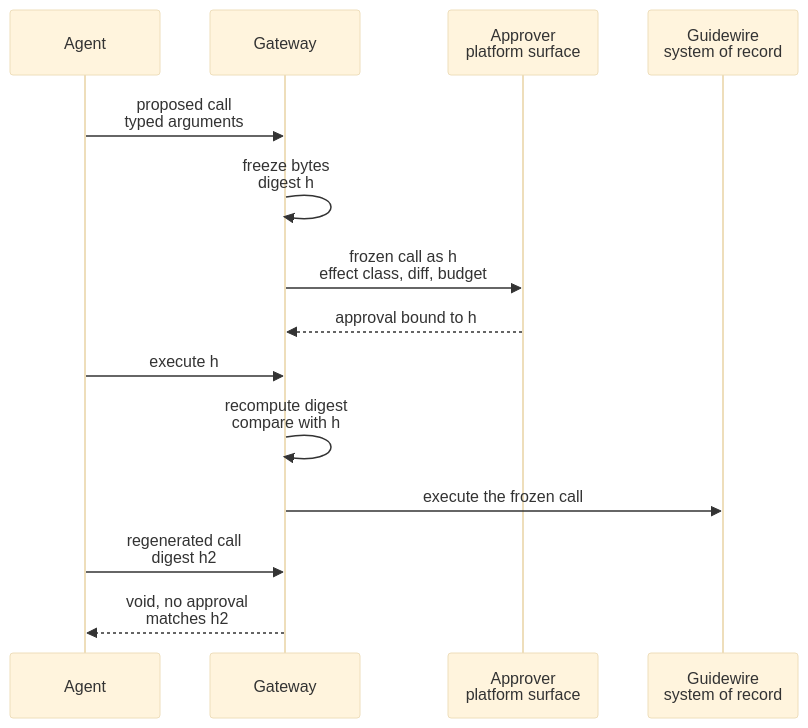
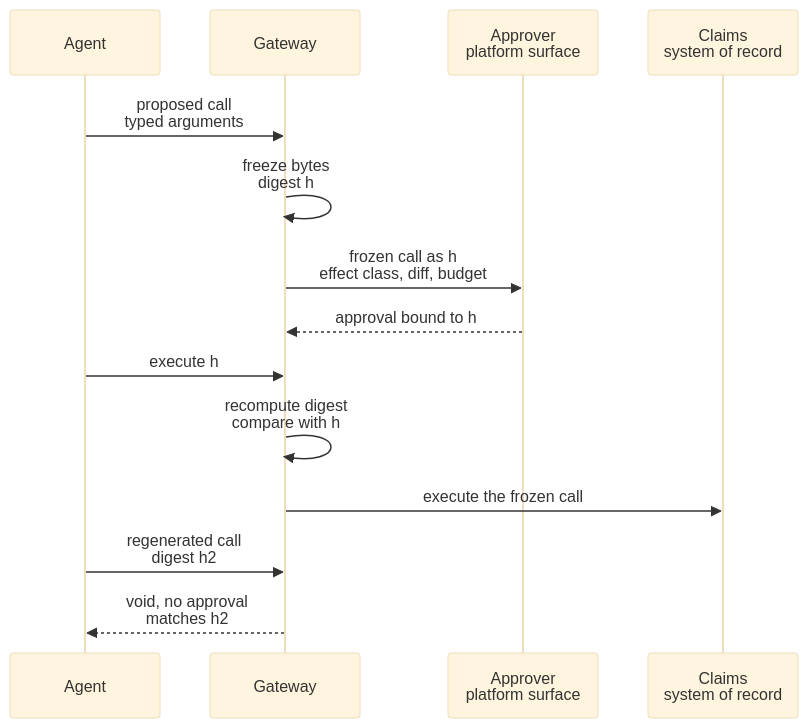
The diagram in chapters/2.5-approval-and-effect-integrity.md (timsamart/bounded-agents), drawn with Mermaid (base theme) before and after one commit. The commit also changed 19 other files, not shown here.

````diff
--- a/chapters/2.5-approval-and-effect-integrity.md
+++ b/chapters/2.5-approval-and-effect-integrity.md
@@ -61,16 +61,16 @@
 ```mermaid
 sequenceDiagram
   participant A as Agent
   participant G as Gateway
   participant H as Approver<br/>platform surface
-  participant S as Guidewire<br/>system of record
+  participant S as Claims<br/>system of record
   A->>G: proposed call<br/>typed arguments
   G->>G: freeze bytes<br/>digest h
   G->>H: frozen call as h<br/>effect class, diff, budget
   H-->>G: approval bound to h
   A->>G: execute h
   G->>G: recompute digest<br/>compare with h
   G->>S: execute the frozen call
   A->>G: regenerated call<br/>digest h2
   G-->>A: void, no approval<br/>matches h2
 ```
````
